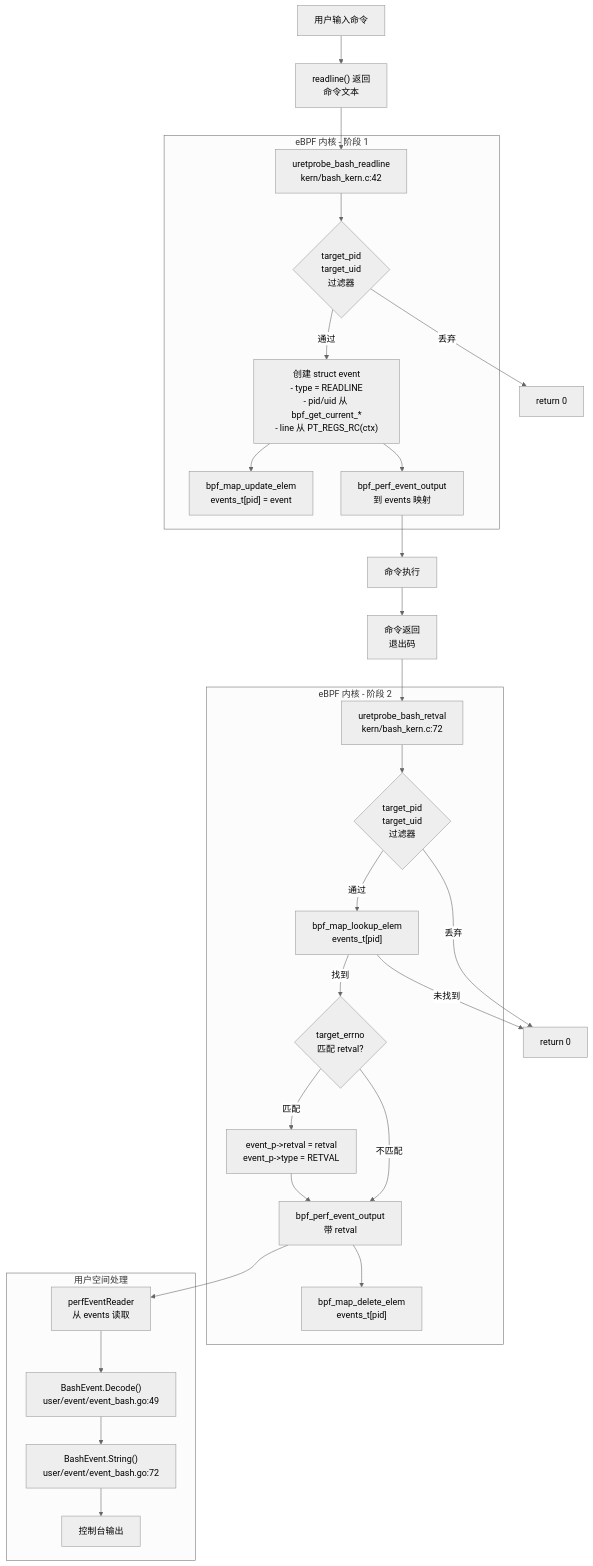
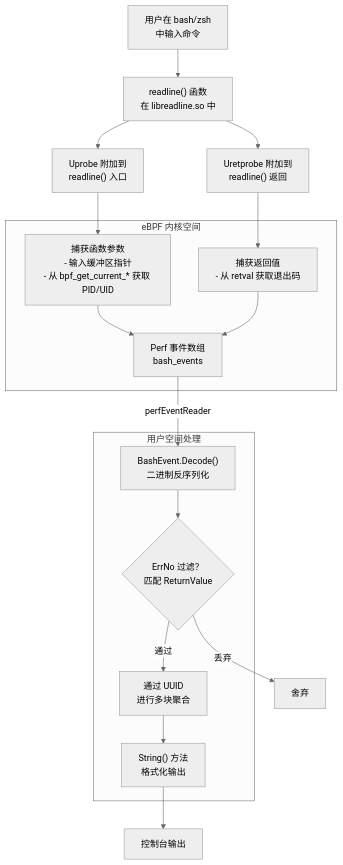
Before and after one commit to gojue/ecapture.cc: the third of 6 diagrams in src/zh/3-capture-modules/3.2.1-shell-command-auditing.md, drawn with Mermaid (neutral theme). The commit also changed other lines of this file and 115 other files, not shown here.

````diff
--- a/src/zh/3-capture-modules/3.2.1-shell-command-auditing.md
+++ b/src/zh/3-capture-modules/3.2.1-shell-command-auditing.md
@@ -198,59 +189,36 @@
 ```mermaid
 flowchart TD
-    Shell["用户输入命令"]
-    Readline["readline() 返回<br/>命令文本"]
+    Shell["用户在 bash/zsh<br/>中输入命令"]
+    Readline["readline() 函数<br/>在 libreadline.so 中"]
+    UprobeEntry["Uprobe 附加到<br/>readline() 入口"]
+    UprobeRet["Uretprobe 附加到<br/>readline() 返回"]
     
-    subgraph "eBPF 内核 - 阶段 1"
-        Probe1["uretprobe_bash_readline<br/>kern/bash_kern.c:42"]
-        Filter1{"target_pid<br/>target_uid<br/>过滤器"}
-        CreateEvent1["创建 struct event<br/>- type = READLINE<br/>- pid/uid 从 bpf_get_current_*<br/>- line 从 PT_REGS_RC(ctx)"]
-        StoreTemp["bpf_map_update_elem<br/>events_t[pid] = event"]
-        Send1["bpf_perf_event_output<br/>到 events 映射"]
+    Shell --> Readline
+    Readline --> UprobeEntry
+    Readline --> UprobeRet
+    
+    subgraph "eBPF 内核空间"
+        Capture["捕获函数参数<br/>- 输入缓冲区指针<br/>- 从 bpf_get_current_* 获取 PID/UID"]
+        CaptureRet["捕获返回值<br/>- 从 retval 获取退出码"]
+        PerfMap["Perf 事件数组<br/>bash_events"]
     end
     
-    Shell --> Readline
-    Readline --> Probe1
-    Probe1 --> Filter1
-    Filter1 -->|"通过"| CreateEvent1
-    Filter1 -->|"丢弃"| End1["return 0"]
-    CreateEvent1 --> StoreTemp
-    CreateEvent1 --> Send1
+    UprobeEntry --> Capture
+    UprobeRet --> CaptureRet
+    Capture --> PerfMap
+    CaptureRet --> PerfMap
     
-    CommandExec["命令执行"]
-    CommandRet["命令返回<br/>退出码"]
-    
-    subgraph "eBPF 内核 - 阶段 2"
-        Probe2["uretprobe_bash_retval<br/>kern/bash_kern.c:72"]
-        Filter2{"target_pid<br/>target_uid<br/>过滤器"}
-        Lookup["bpf_map_lookup_elem<br/>events_t[pid]"]
-        CheckErrno{"target_errno<br/>匹配 retval?"}
-        UpdateRetval["event_p->retval = retval<br/>event_p->type = RETVAL"]
-        Send2["bpf_perf_event_output<br/>带 retval"]
-        DeleteTemp["bpf_map_delete_elem<br/>events_t[pid]"]
+    subgraph "用户空间处理"
+        Decode["BashEvent.Decode()<br/>二进制反序列化"]
+        Filter{"ErrNo 过滤？<br/>匹配 ReturnValue"}
+        Aggregate["通过 UUID<br/>进行多块聚合"]
+        Format["String() 方法<br/>格式化输出"]
     end
     
-    Send1 --> CommandExec
-    CommandExec --> CommandRet
-    CommandRet --> Probe2
-    Probe2 --> Filter2
-    Filter2 -->|"通过"| Lookup
-    Filter2 -->|"丢弃"| End2["return 0"]
-    Lookup -->|"找到"| CheckErrno
-    Lookup -->|"未找到"| End2
-    CheckErrno -->|"匹配"| UpdateRetval
-    CheckErrno -->|"不匹配"| Send2
-    UpdateRetval --> Send2
-    Send2 --> DeleteTemp
-    
-    subgraph "用户空间处理"
-        Reader["perfEventReader<br/>从 events 读取"]
-        Decode["BashEvent.Decode()<br/>user/event/event_bash.go:49"]
-        Format["BashEvent.String()<br/>user/event/event_bash.go:72"]
-        Console["控制台输出"]
-    end
-    
-    Send2 --> Reader
-    Reader --> Decode
-    Decode --> Format
-    Format --> Console
+    PerfMap -->|"perfEventReader"| Decode
+    Decode --> Filter
+    Filter -->|"通过"| Aggregate
+    Filter -->|"丢弃"| Drop[舍弃]
+    Aggregate --> Format
+    Format --> Console["控制台输出"]
 ```
````
